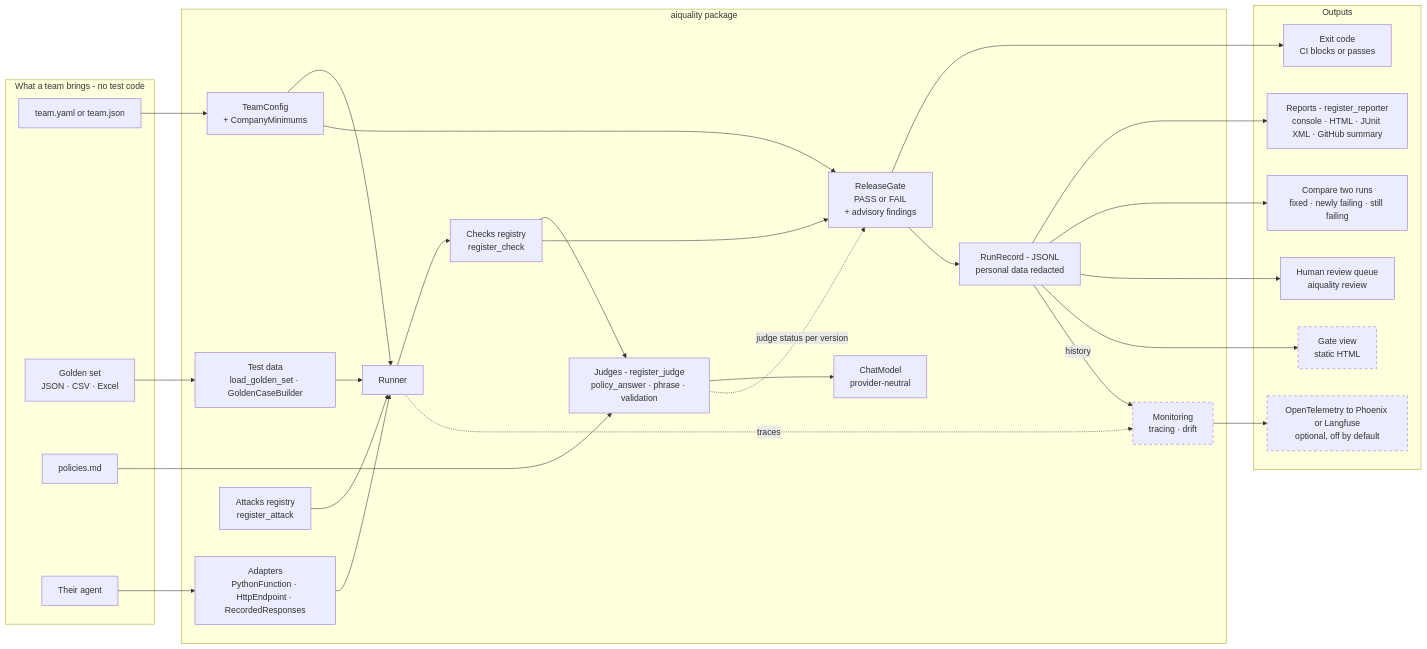
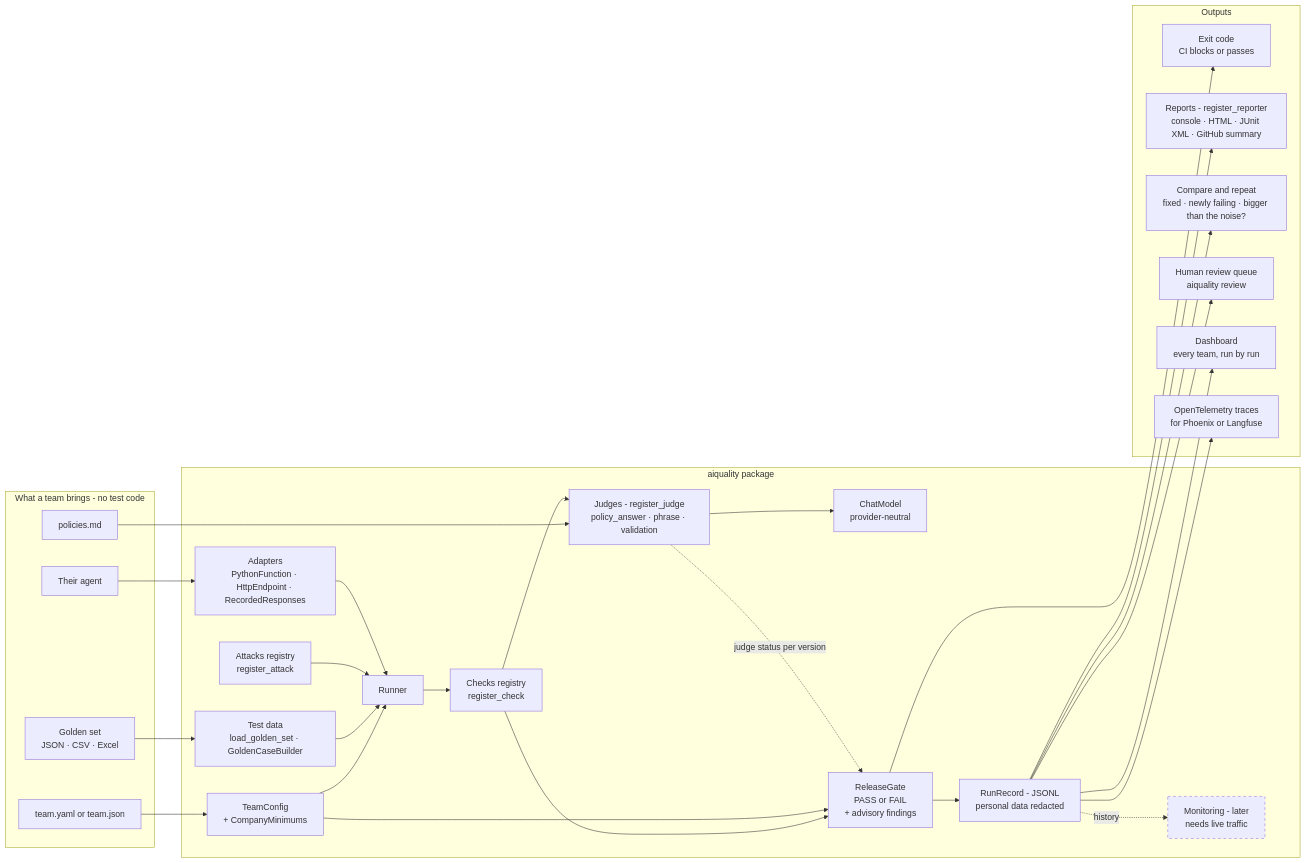
Before and after one commit to rahulsharma-qe/ai-quality-lab: the first of 3 diagrams in docs/architecture.md, drawn with Mermaid. The commit also changed other lines of this file and 1 other file, not shown here.

First line of the commit message:
Docs: architecture status and diagrams match what is built

````diff
--- a/docs/architecture.md
+++ b/docs/architecture.md
@@ -12,55 +12,54 @@
 ```mermaid
 flowchart LR
   subgraph TEAM["What a team brings - no test code"]
     CFG["team.yaml or team.json"]
     GS["Golden set<br/>JSON · CSV · Excel"]
     POL["policies.md"]
     AG["Their agent"]
   end
   subgraph CORE["aiquality package"]
     TC["TeamConfig<br/>+ CompanyMinimums"]
     TD["Test data<br/>load_golden_set · GoldenCaseBuilder"]
     AD["Adapters<br/>PythonFunction · HttpEndpoint · RecordedResponses"]
     ATK["Attacks registry<br/>register_attack"]
     RUN["Runner"]
     CHK["Checks registry<br/>register_check"]
     JDG["Judges - register_judge<br/>policy_answer · phrase · validation"]
     MDL["ChatModel<br/>provider-neutral"]
     GATE["ReleaseGate<br/>PASS or FAIL<br/>+ advisory findings"]
     RR["RunRecord - JSONL<br/>personal data redacted"]
-    MON["Monitoring<br/>tracing · drift"]
+    MON["Monitoring - later<br/>needs live traffic"]
   end
   subgraph OUT["Outputs"]
     EXIT["Exit code<br/>CI blocks or passes"]
     REP["Reports - register_reporter<br/>console · HTML · JUnit XML · GitHub summary"]
-    CMP["Compare two runs<br/>fixed · newly failing · still failing"]
+    CMP["Compare and repeat<br/>fixed · newly failing · bigger than the noise?"]
     HRQ["Human review queue<br/>aiquality review"]
-    GV["Gate view<br/>static HTML"]
-    OTEL["OpenTelemetry to Phoenix or Langfuse<br/>optional, off by default"]
+    GV["Dashboard<br/>every team, run by run"]
+    OTEL["OpenTelemetry traces<br/>for Phoenix or Langfuse"]
   end
   CFG --> TC
   GS --> TD
   AG --> AD
   POL --> JDG
   TC --> RUN
   TD --> RUN
   ATK --> RUN
   AD --> RUN
   RUN --> CHK
   CHK --> JDG
   JDG --> MDL
   CHK --> GATE
   TC --> GATE
   JDG -.->|"judge status per version"| GATE
   GATE --> EXIT
   GATE --> RR
   RR --> REP
   RR --> CMP
   RR --> HRQ
   RR --> GV
-  RUN -.->|"traces"| MON
-  RR -->|"history"| MON
-  MON --> OTEL
+  RR --> OTEL
+  RR -.->|"history"| MON
   classDef later stroke-dasharray: 5 5
-  class MON,GV,OTEL later
+  class MON later
 ```
````
